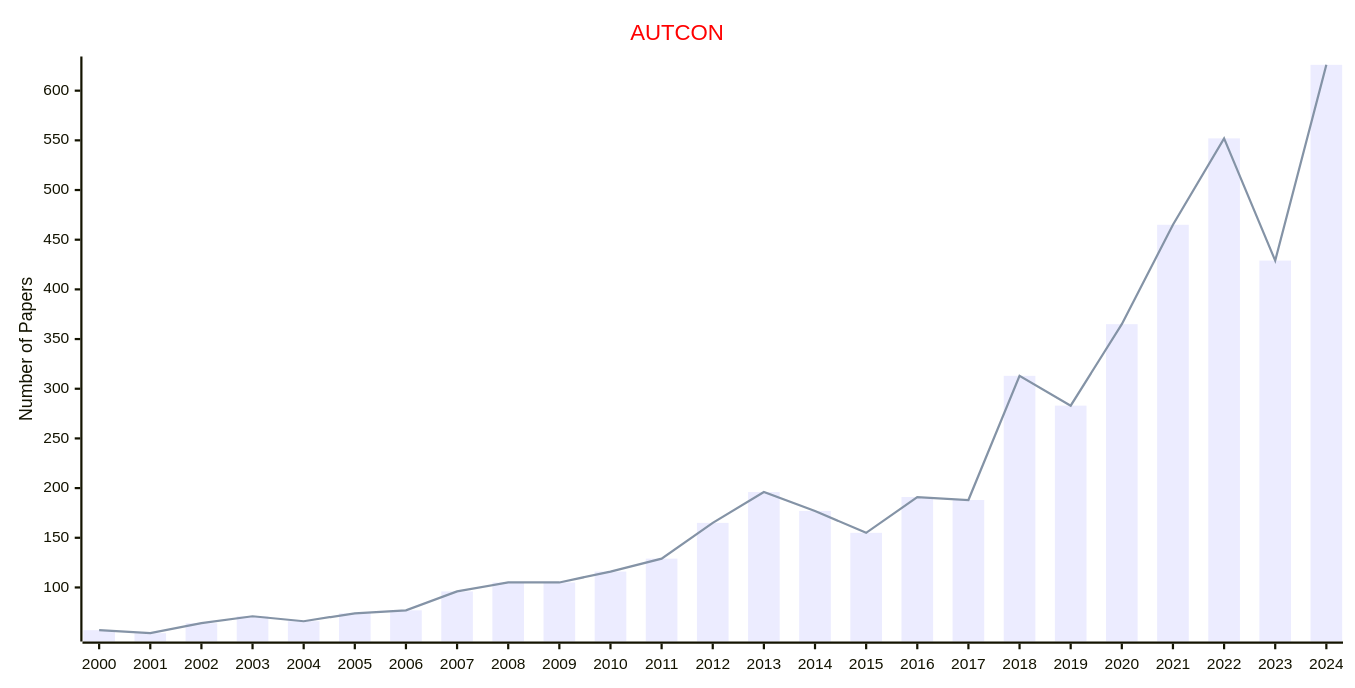
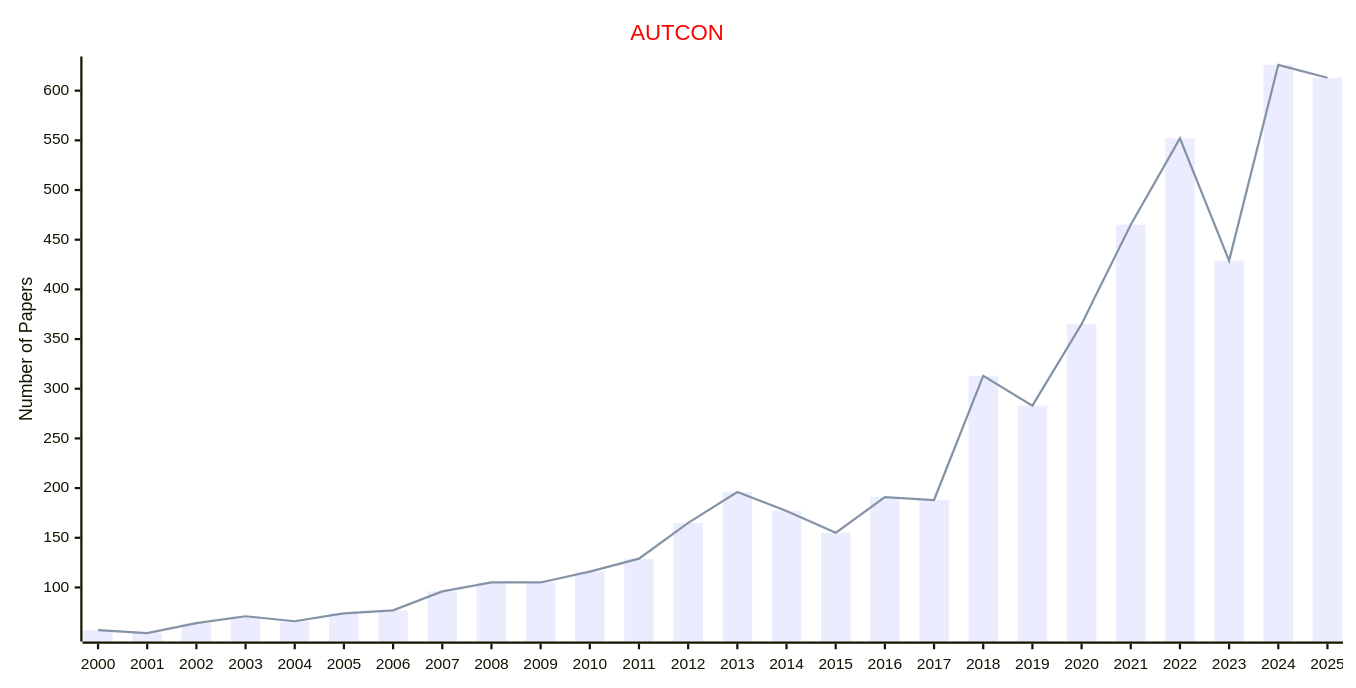
One commit to Easy-PhD/AILinks changed the fifth of 27 diagrams in docs/data/Journals/Statistics_Journals/Artificial_Intelligence.md. Above: the diagram before and after it, drawn with Mermaid. The commit also changed other lines of this file and 107 other files, not shown here.

````diff
--- a/docs/data/Journals/Statistics_Journals/Artificial_Intelligence.md
+++ b/docs/data/Journals/Statistics_Journals/Artificial_Intelligence.md
@@ -105,17 +105,17 @@
 ```mermaid
 ---
 config:
     xyChart:
         width: 1200
         height: 600
     themeVariables:
         xyChart:
             titleColor: "#ff0000"
 ---
 xychart-beta
     title "AUTCON"
-    x-axis [2000, 2001, 2002, 2003, 2004, 2005, 2006, 2007, 2008, 2009, 2010, 2011, 2012, 2013, 2014, 2015, 2016, 2017, 2018, 2019, 2020, 2021, 2022, 2023, 2024]
+    x-axis [2000, 2001, 2002, 2003, 2004, 2005, 2006, 2007, 2008, 2009, 2010, 2011, 2012, 2013, 2014, 2015, 2016, 2017, 2018, 2019, 2020, 2021, 2022, 2023, 2024, 2025]
     y-axis "Number of Papers"
-    bar [57, 54, 64, 71, 66, 74, 77, 96, 105, 105, 116, 129, 165, 196, 177, 155, 191, 188, 313, 283, 365, 465, 552, 429, 626]
-    line [57, 54, 64, 71, 66, 74, 77, 96, 105, 105, 116, 129, 165, 196, 177, 155, 191, 188, 313, 283, 365, 465, 552, 429, 626]
+    bar [57, 54, 64, 71, 66, 74, 77, 96, 105, 105, 116, 129, 165, 196, 177, 155, 191, 188, 313, 283, 365, 465, 552, 429, 626, 613]
+    line [57, 54, 64, 71, 66, 74, 77, 96, 105, 105, 116, 129, 165, 196, 177, 155, 191, 188, 313, 283, 365, 465, 552, 429, 626, 613]
 ```
````
